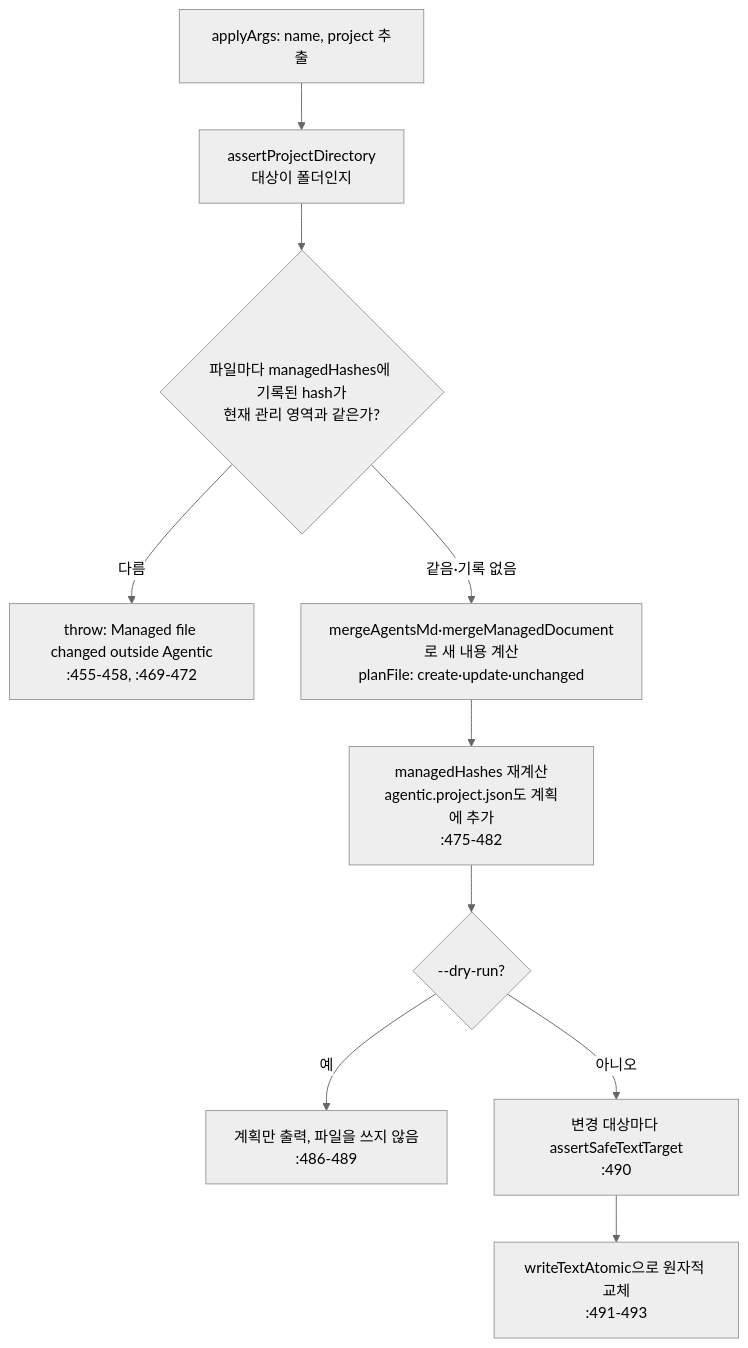
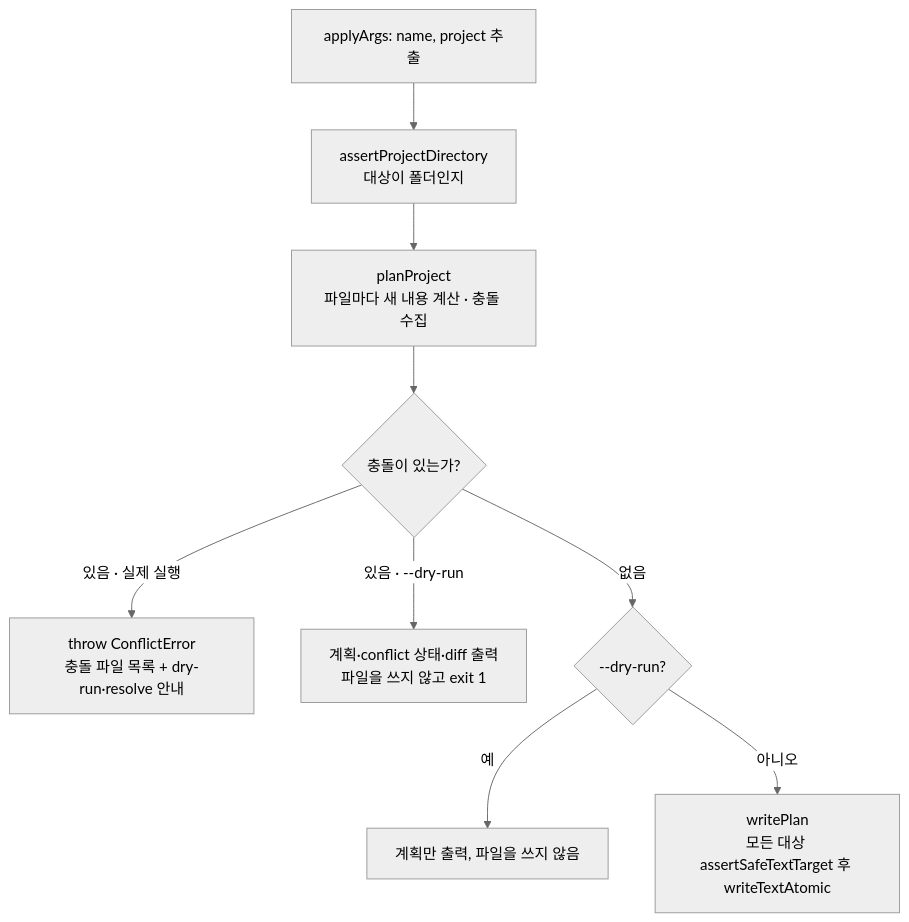
One commit to IsthisLee/agent-context-manager changed the fourth of 8 diagrams in docs/architecture/implementation-mechanics.md. Above: the diagram before and after it, drawn with Mermaid (neutral theme). The commit also changed other lines of this file and 13 other files, not shown here.

````diff
--- a/docs/architecture/implementation-mechanics.md
+++ b/docs/architecture/implementation-mechanics.md
@@ -185,12 +197,11 @@
 ```mermaid
 flowchart TD
   A["applyArgs: name, project 추출"] --> B["assertProjectDirectory<br/>대상이 폴더인지"]
-  B --> D{"파일마다 managedHashes에 기록된 hash가<br/>현재 관리 영역과 같은가?"}
-  D -->|"다름"| STOP["throw: Managed file changed outside Agentic<br/>:455-458, :469-472"]
-  D -->|"같음·기록 없음"| E["mergeAgentsMd·mergeManagedDocument로 새 내용 계산<br/>planFile: create·update·unchanged"]
-  E --> F["managedHashes 재계산<br/>agentic.project.json도 계획에 추가<br/>:475-482"]
-  F --> G{"--dry-run?"}
-  G -->|"예"| PLAN["계획만 출력, 파일을 쓰지 않음<br/>:486-489"]
-  G -->|"아니오"| H["변경 대상마다 assertSafeTextTarget<br/>:490"]
-  H --> I["writeTextAtomic으로 원자적 교체<br/>:491-493"]
+  B --> P["planProject<br/>파일마다 새 내용 계산 · 충돌 수집"]
+  P --> D{"충돌이 있는가?"}
+  D -->|"있음 · 실제 실행"| STOP["throw ConflictError<br/>충돌 파일 목록 + dry-run·resolve 안내"]
+  D -->|"있음 · --dry-run"| DRY["계획·conflict 상태·diff 출력<br/>파일을 쓰지 않고 exit 1"]
+  D -->|"없음"| G{"--dry-run?"}
+  G -->|"예"| PLAN["계획만 출력, 파일을 쓰지 않음"]
+  G -->|"아니오"| W["writePlan<br/>모든 대상 assertSafeTextTarget 후 writeTextAtomic"]
 ```
````
